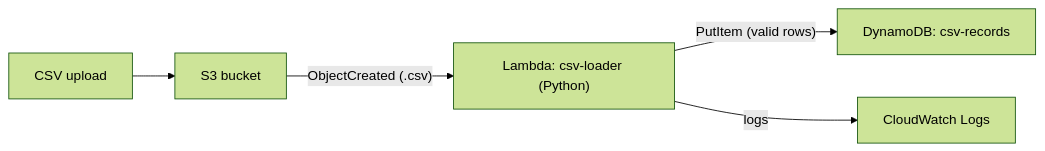
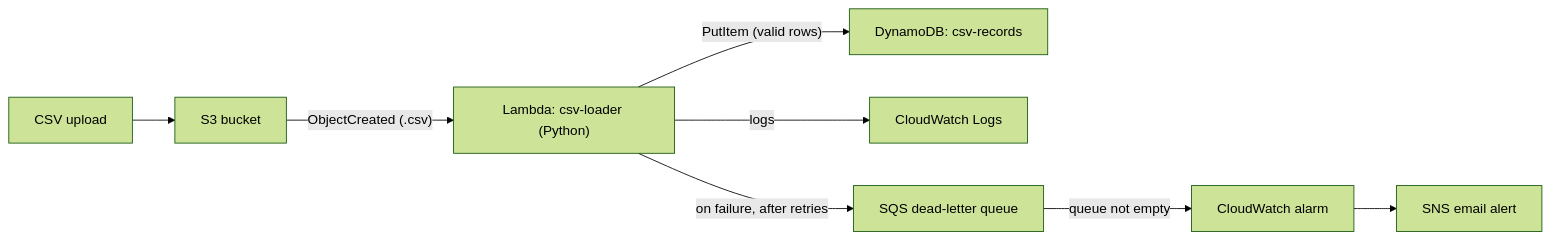
Before and after one commit to 1998-aish/serverless-csv-loader: the diagram in README.md, drawn with Mermaid (forest theme). The commit also changed other lines of this file, not shown here.

Commit message:
Phase 2: failure destination, alarm and dedicated IAM role

````diff
--- a/README.md
+++ b/README.md
@@ -8,7 +7,10 @@
 ```mermaid
 flowchart LR
   U["CSV upload"] --> S3["S3 bucket"]
   S3 -->|"ObjectCreated (.csv)"| L["Lambda: csv-loader (Python)"]
   L -->|"PutItem (valid rows)"| D["DynamoDB: csv-records"]
   L -->|"logs"| CW["CloudWatch Logs"]
+  L -->|"on failure, after retries"| Q["SQS dead-letter queue"]
+  Q -->|"queue not empty"| A["CloudWatch alarm"]
+  A --> N["SNS email alert"]
 ```
````
